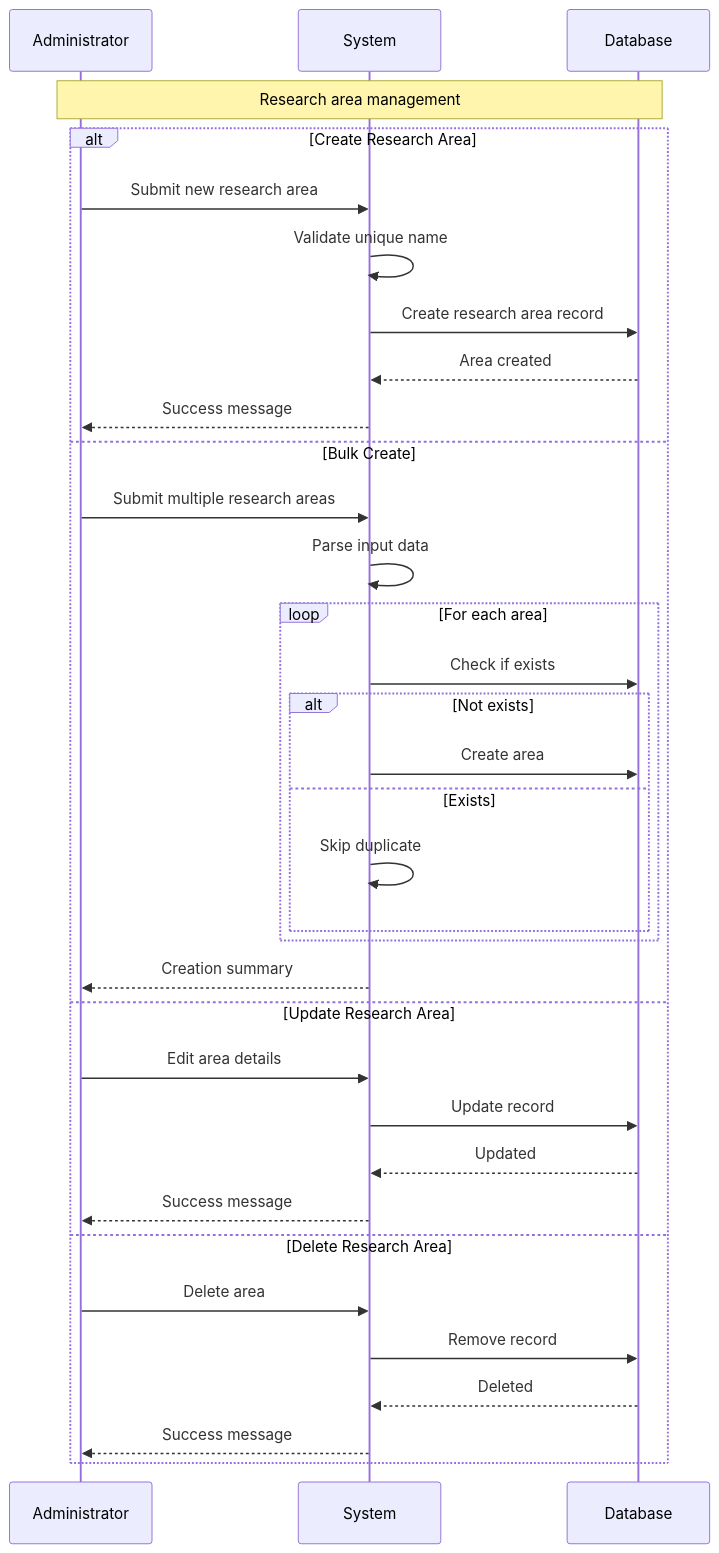
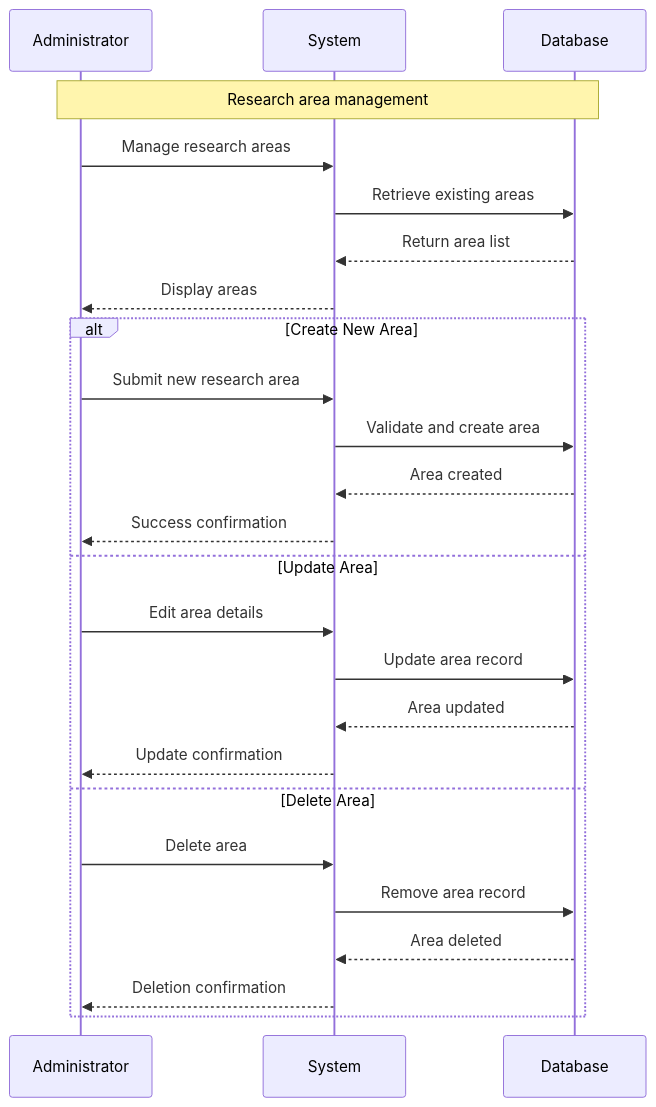
Before and after one commit to abdullah2323442/thesisrepo-backup: diagram 26 of 35 in sequence-academic.md, drawn with Mermaid.

Commit message:
update sequence academic md

````diff
--- a/sequence-academic.md
+++ b/sequence-academic.md
@@ -833,40 +833,30 @@
 ```mermaid
 sequenceDiagram
     participant Administrator
     participant System
     participant Database
 
     Note over Administrator,Database: Research area management
     
-    alt Create Research Area
+    Administrator->>System: Manage research areas
+    System->>Database: Retrieve existing areas
+    Database-->>System: Return area list
+    System-->>Administrator: Display areas
+    
+    alt Create New Area
         Administrator->>System: Submit new research area
-        System->>System: Validate unique name
-        System->>Database: Create research area record
+        System->>Database: Validate and create area
         Database-->>System: Area created
-        System-->>Administrator: Success message
-    else Bulk Create
-        Administrator->>System: Submit multiple research areas
-        System->>System: Parse input data
-        
-        loop For each area
-            System->>Database: Check if exists
-            alt Not exists
-                System->>Database: Create area
-            else Exists
-                System->>System: Skip duplicate
-            end
-        end
-        
-        System-->>Administrator: Creation summary
-    else Update Research Area
+        System-->>Administrator: Success confirmation
+    else Update Area
         Administrator->>System: Edit area details
-        System->>Database: Update record
-        Database-->>System: Updated
-        System-->>Administrator: Success message
-    else Delete Research Area
+        System->>Database: Update area record
+        Database-->>System: Area updated
+        System-->>Administrator: Update confirmation
+    else Delete Area
         Administrator->>System: Delete area
-        System->>Database: Remove record
-        Database-->>System: Deleted
-        System-->>Administrator: Success message
+        System->>Database: Remove area record
+        Database-->>System: Area deleted
+        System-->>Administrator: Deletion confirmation
     end
 ```
````
